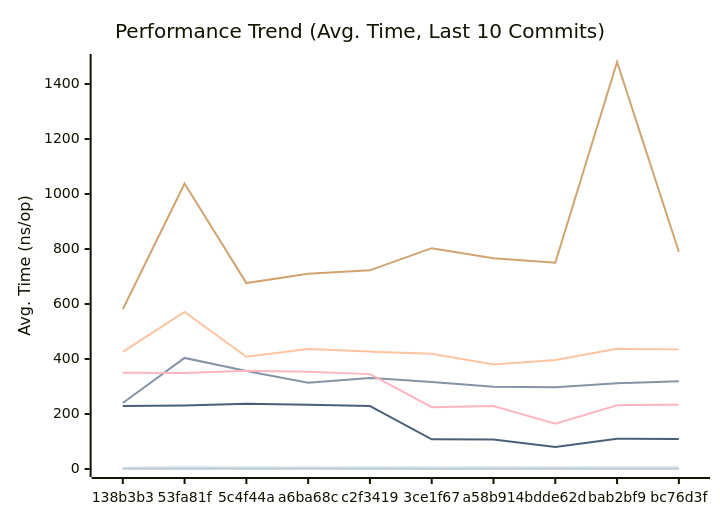
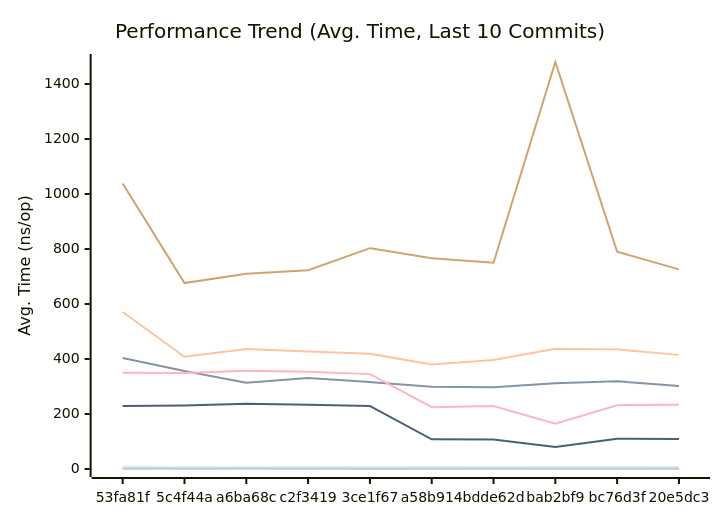
Before and after one commit to alsotoes/momo: the first of 3 diagrams in docs/PERFORMANCE.md, drawn with Mermaid. The commit also changed other lines of this file and 2 other files, not shown here.

````diff
--- a/docs/PERFORMANCE.md
+++ b/docs/PERFORMANCE.md
@@ -82,16 +80,16 @@
 ```mermaid
 xychart-beta
     title "Performance Trend (Avg. Time, Last 10 Commits)"
     x-axis "Commit"
     y-axis "Avg. Time (ns/op)"
-    x-axis [138b3b3,53fa81f,5c4f44a,a6ba68c,c2f3419,3ce1f67,a58b914,bdde62d,bab2bf9,bc76d3f]
-    line "CheckMetricsAndSwap" [5,10,7,8,7,7,8,7,8,8]
-    line "CrushOptimized" [240,404,356,314,331,316,299,297,312,319]
-    line "CrushOriginal" [426,571,408,436,427,419,380,396,437,435]
+    x-axis [53fa81f,5c4f44a,a6ba68c,c2f3419,3ce1f67,a58b914,bdde62d,bab2bf9,bc76d3f,20e5dc3]
+    line "CheckMetricsAndSwap" [10,7,8,7,7,8,7,8,8,7]
+    line "CrushOptimized" [404,356,314,331,316,299,297,312,319,302]
+    line "CrushOriginal" [571,408,436,427,419,380,396,437,435,415]
     line "IndexDirectTracking" [0,0,0,0,0,0,0,0,0,0]
-    line "IndexSearch" [2,3,3,3,3,1,2,2,2,2]
-    line "LoadGlobalConfig" [581,1038,676,710,723,803,766,750,1480,790]
+    line "IndexSearch" [3,3,3,3,1,2,2,2,2,2]
+    line "LoadGlobalConfig" [1038,676,710,723,803,766,750,1480,790,726]
     line "PadString" [2,2,2,2,2,2,2,2,2,2]
     line "ParseReplicationOrder_NoPrealloc" [350,349,357,354,345,225,229,165,232,234]
     line "ParseReplicationOrder_Prealloc" [229,231,237,234,229,108,107,80,110,109]
 ```
````
